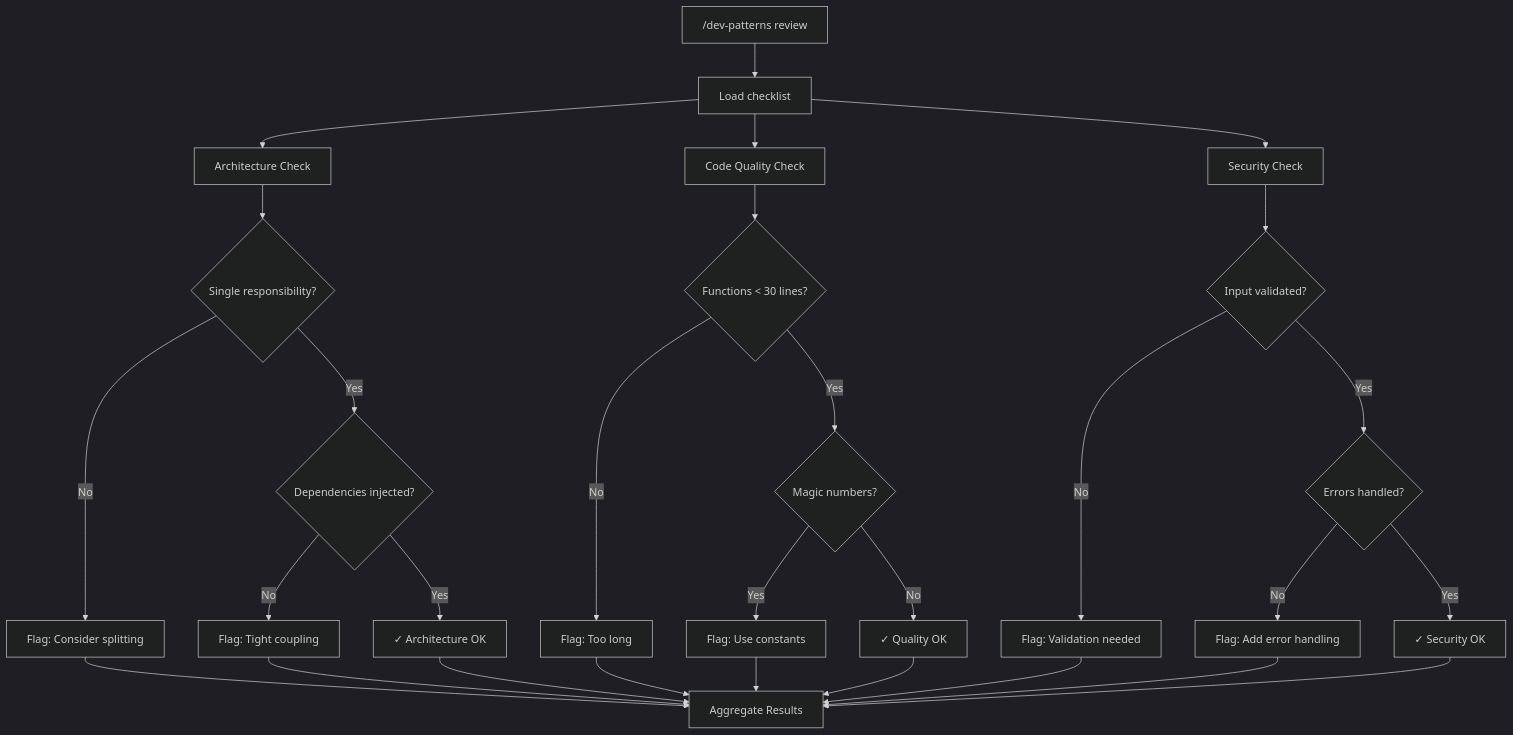
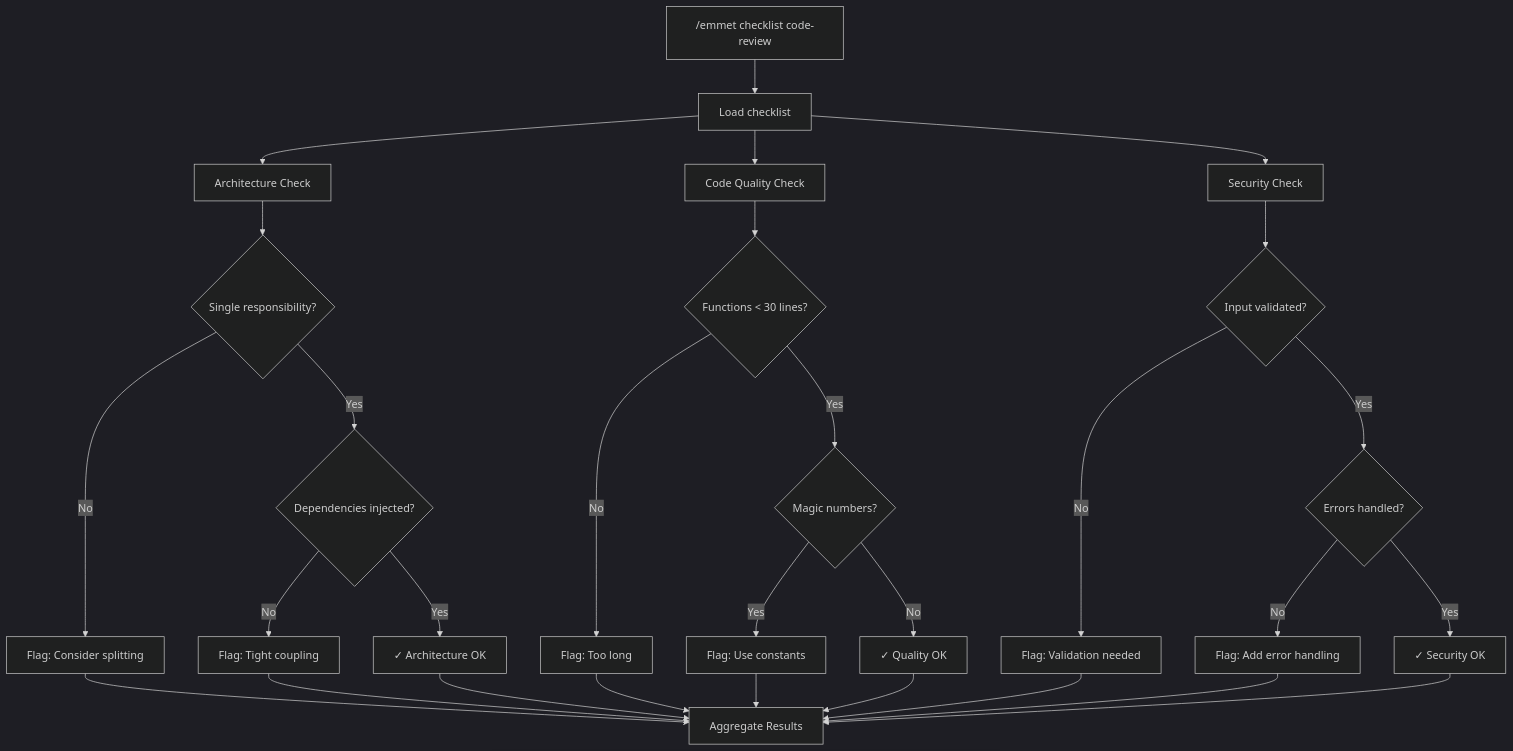
One commit to TNASRLSB/vibe-framework changed diagram 12 of 13 in .claude/docs/workflows.md. Above: the diagram before and after it, drawn with Mermaid (dark theme). The commit also changed other lines of this file and 227 other files, not shown here.

````diff
--- a/.claude/docs/workflows.md
+++ b/.claude/docs/workflows.md
@@ -347,35 +347,35 @@
 ```mermaid
 flowchart TD
-    A["/dev-patterns review"] --> B[Load checklist]
+    A["/emmet checklist code-review"] --> B[Load checklist]
 
     B --> C[Architecture Check]
     C --> D{Single responsibility?}
     D -->|No| E["Flag: Consider splitting"]
     D -->|Yes| F{Dependencies injected?}
     F -->|No| G["Flag: Tight coupling"]
     F -->|Yes| H["✓ Architecture OK"]
 
     B --> I[Code Quality Check]
     I --> J{Functions < 30 lines?}
     J -->|No| K["Flag: Too long"]
     J -->|Yes| L{Magic numbers?}
     L -->|Yes| M["Flag: Use constants"]
     L -->|No| N["✓ Quality OK"]
 
     B --> O[Security Check]
     O --> P{Input validated?}
     P -->|No| Q["Flag: Validation needed"]
     P -->|Yes| R{Errors handled?}
     R -->|No| S["Flag: Add error handling"]
     R -->|Yes| T["✓ Security OK"]
 
     H --> U[Aggregate Results]
     N --> U
     T --> U
     E --> U
     G --> U
     K --> U
     M --> U
     Q --> U
     S --> U
 ```
````
